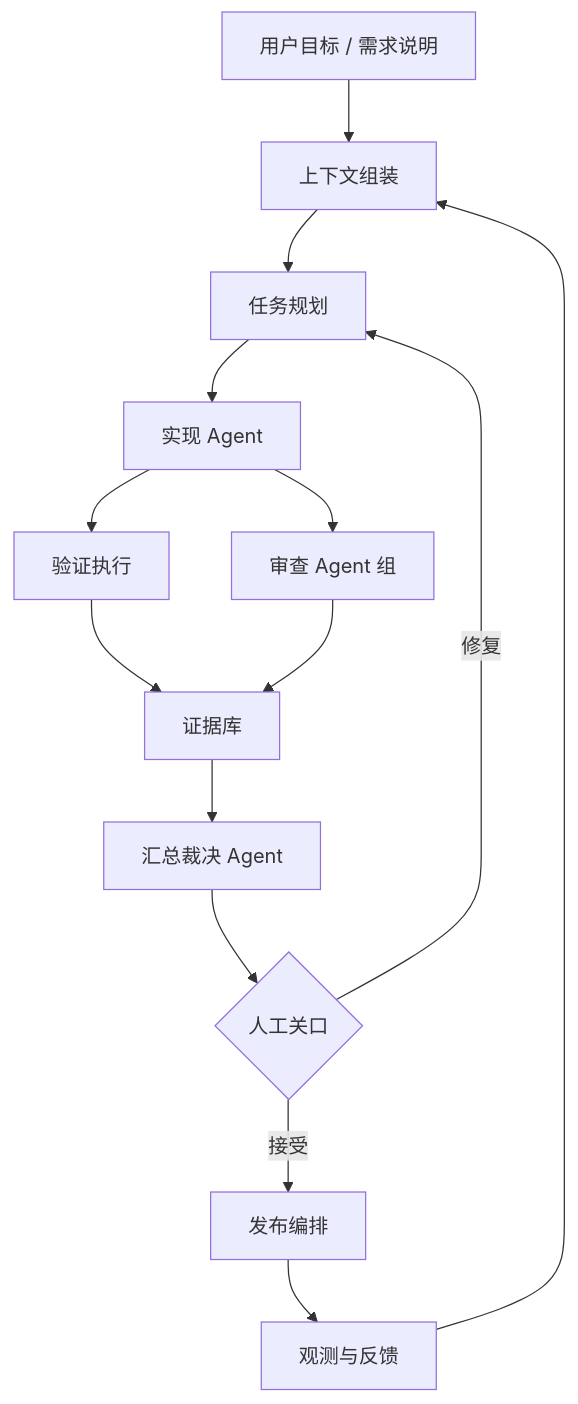
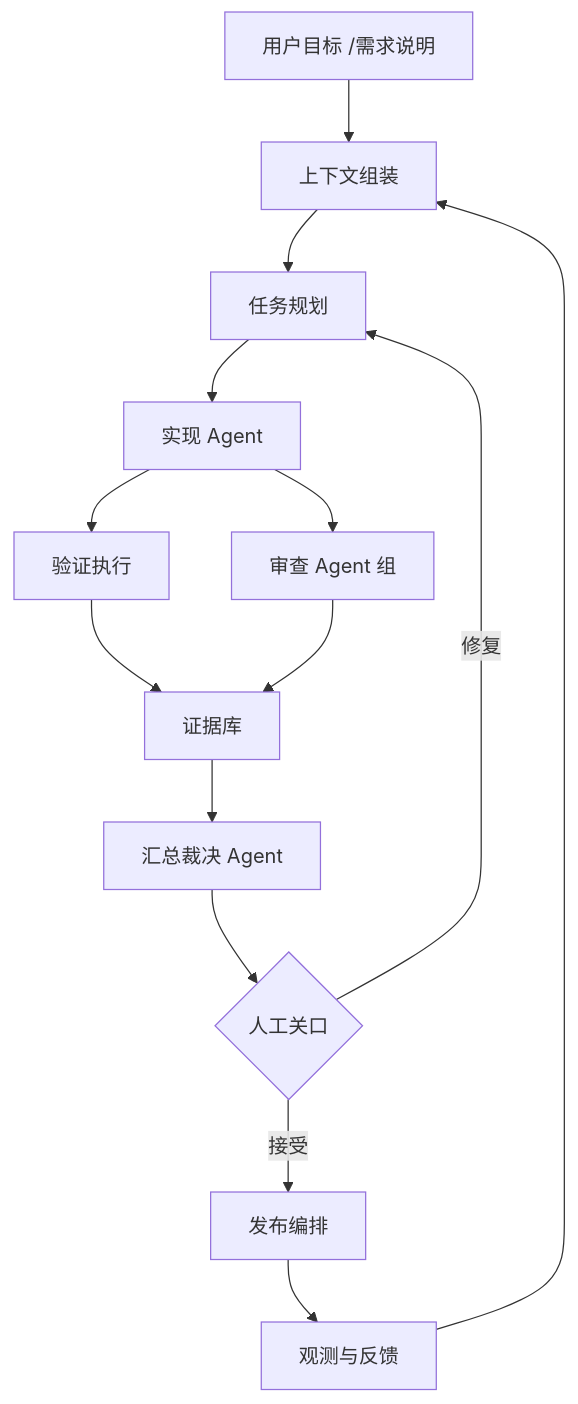
Before and after one commit to limecloud/aicoding: the diagram in docs/harness/overview.md, drawn with Mermaid. The commit also changed other lines of this file and 49 other files, not shown here.

````diff
--- a/docs/harness/overview.md
+++ b/docs/harness/overview.md
@@ -21,16 +21,16 @@
 ```mermaid
 flowchart TD
-  A[用户目标 / 需求说明] --> B[上下文组装]
+  A[用户目标 /需求说明] --> B[上下文组装]
   B --> C[任务规划]
   C --> D[实现 Agent]
   D --> E[验证执行]
   D --> F[审查 Agent 组]
   E --> G[证据库]
   F --> G
   G --> H[汇总裁决 Agent]
   H --> I{人工关口}
   I -->|修复| C
   I -->|接受| J[发布编排]
   J --> K[观测与反馈]
   K --> B
 ```
````
